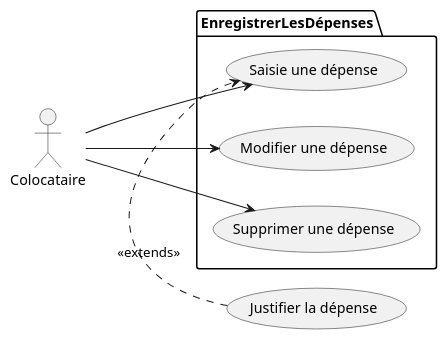
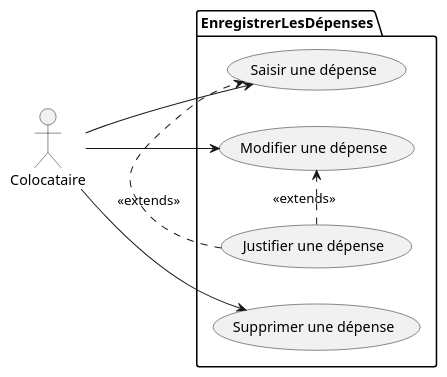
One commit to MihutaMihail/application_crous changed the second of 6 diagrams in README.md. Above: the diagram before and after it, drawn with PlantUML. The commit also changed other lines of this file, not shown here.

````diff
--- a/README.md
+++ b/README.md
@@ -61,17 +61,19 @@
 ```plantuml
 @startuml model1
 scale 1
 left to right direction
 actor Colocataire as c
 
 package EnregistrerLesDépenses {
-    usecase "Saisie une dépense" as UC1
-    usecase "Modifier une dépense" as UC2
+    usecase "Saisir une dépense" as UC1
+    usecase "Modifier une dépense" as UC2 
     usecase "Supprimer une dépense" as UC3
+    usecase "Justifier une dépense" as JD
 }
 c --> UC1
-(Justifier la dépense) .> UC1 : <<extends>>
 c --> UC2
 c --> UC3
+JD .> UC1 : <<extends>>
+JD .> UC2 : <<extends>>
 @enduml
 ```
````
